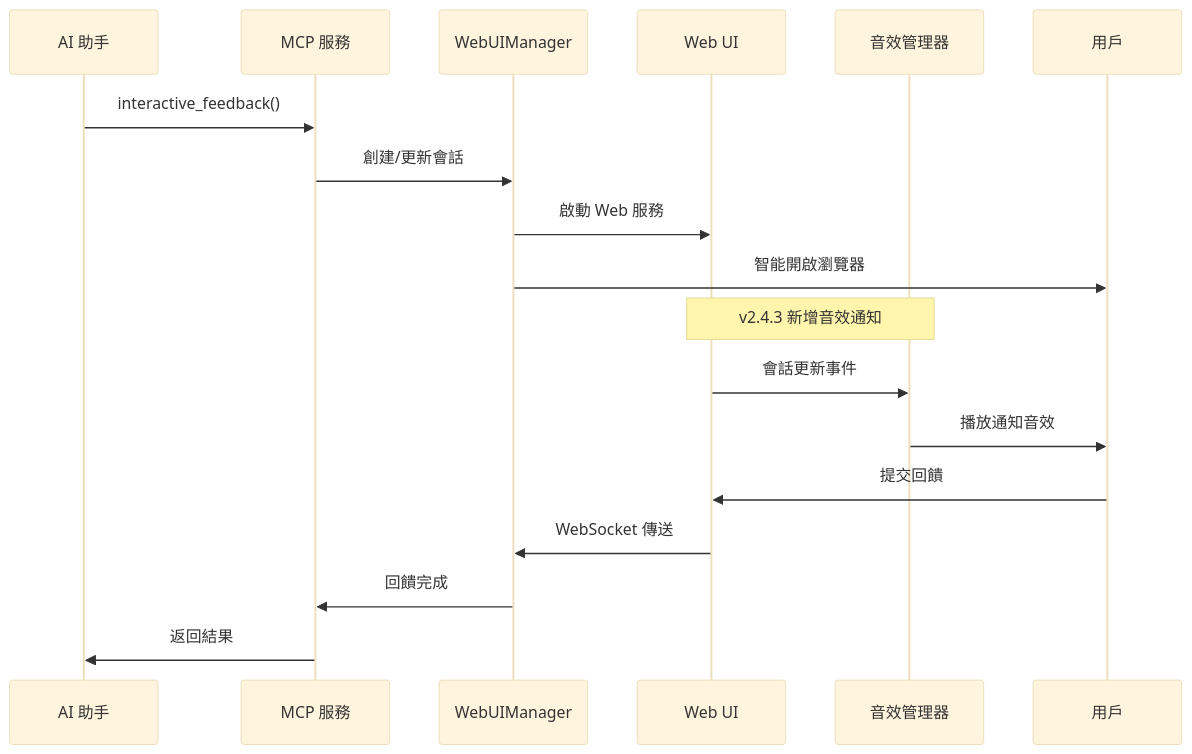
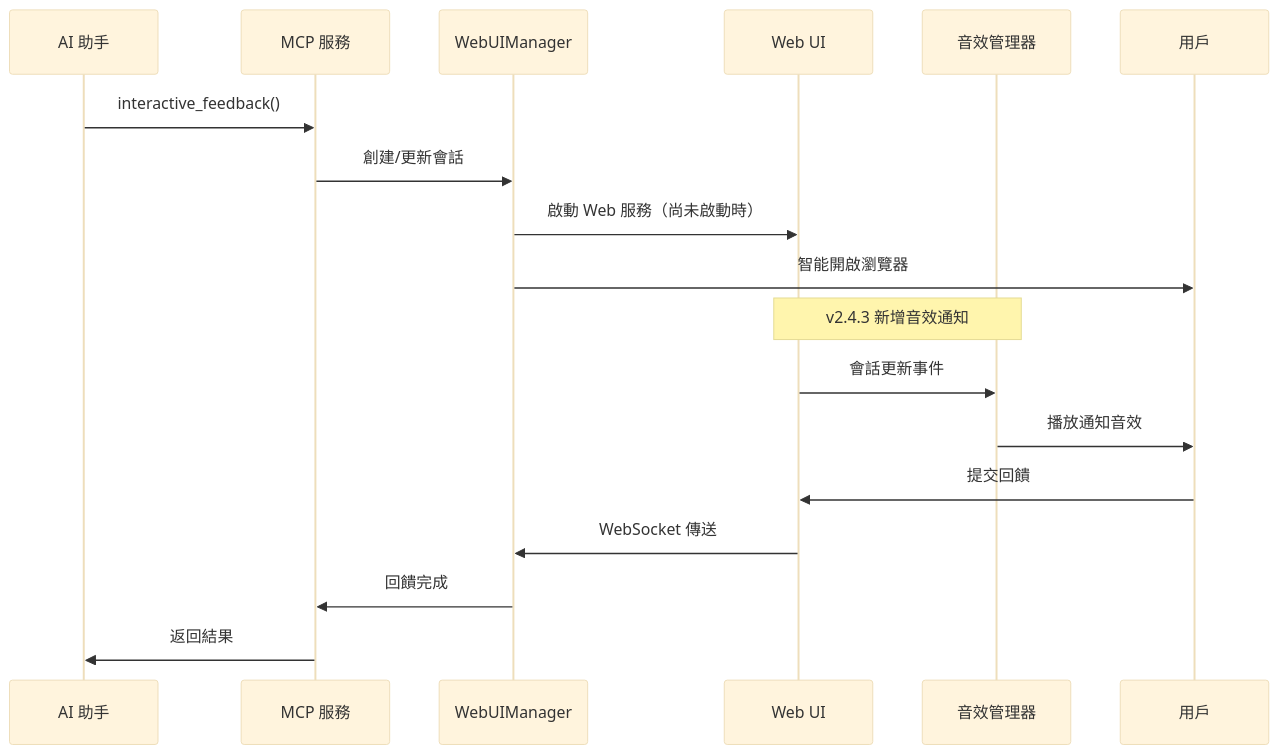
Before and after one commit to CloudEngineHub/mcp-feedback-enhanced: the seventh of 8 diagrams in docs/architecture/system-overview.md, drawn with Mermaid (base theme). The commit also changed other lines of this file, not shown here.

````diff
--- a/docs/architecture/system-overview.md
+++ b/docs/architecture/system-overview.md
@@ -468,23 +466,23 @@
 ```mermaid
 sequenceDiagram
     participant AI as AI 助手
     participant MCP as MCP 服務
     participant WM as WebUIManager
     participant UI as Web UI
     participant AUDIO as 音效管理器
     participant User as 用戶
 
     AI->>MCP: interactive_feedback()
     MCP->>WM: 創建/更新會話
-    WM->>UI: 啟動 Web 服務
+    WM->>UI: 啟動 Web 服務（尚未啟動時）
     WM->>User: 智能開啟瀏覽器
 
     Note over UI,AUDIO: v2.4.3 新增音效通知
     UI->>AUDIO: 會話更新事件
     AUDIO->>User: 播放通知音效
 
     User->>UI: 提交回饋
     UI->>WM: WebSocket 傳送
     WM->>MCP: 回饋完成
     MCP->>AI: 返回結果
 ```
````
